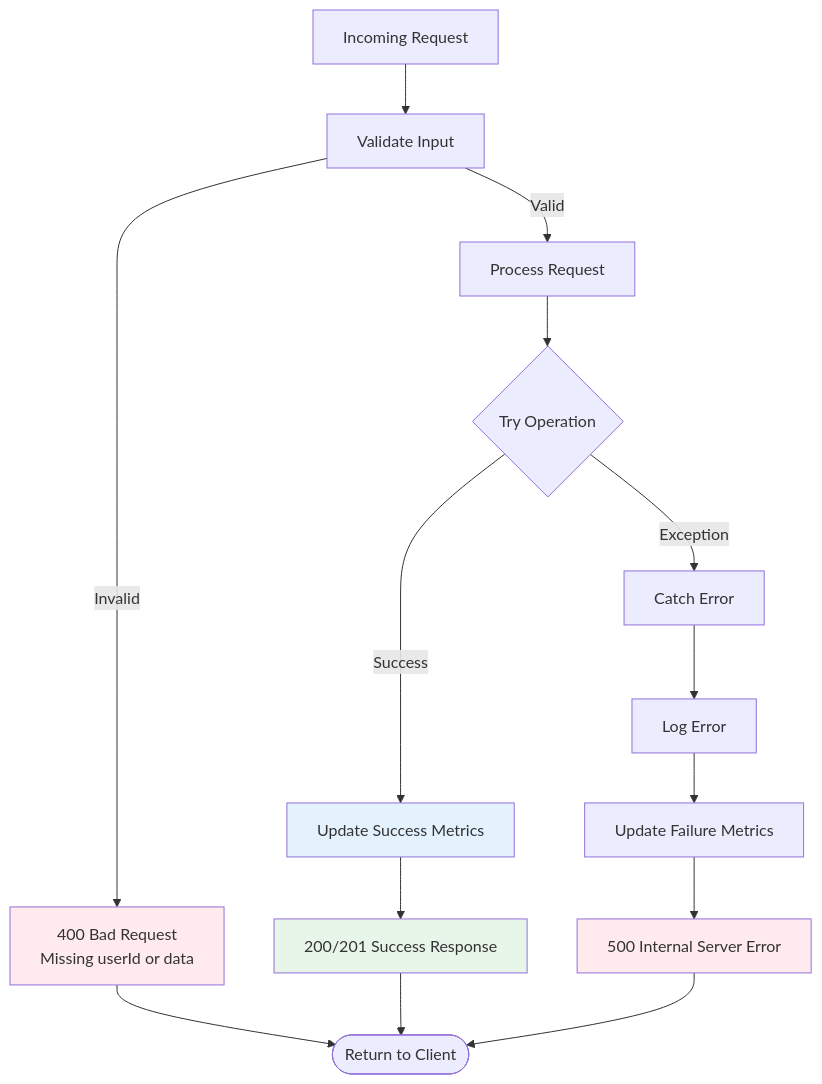
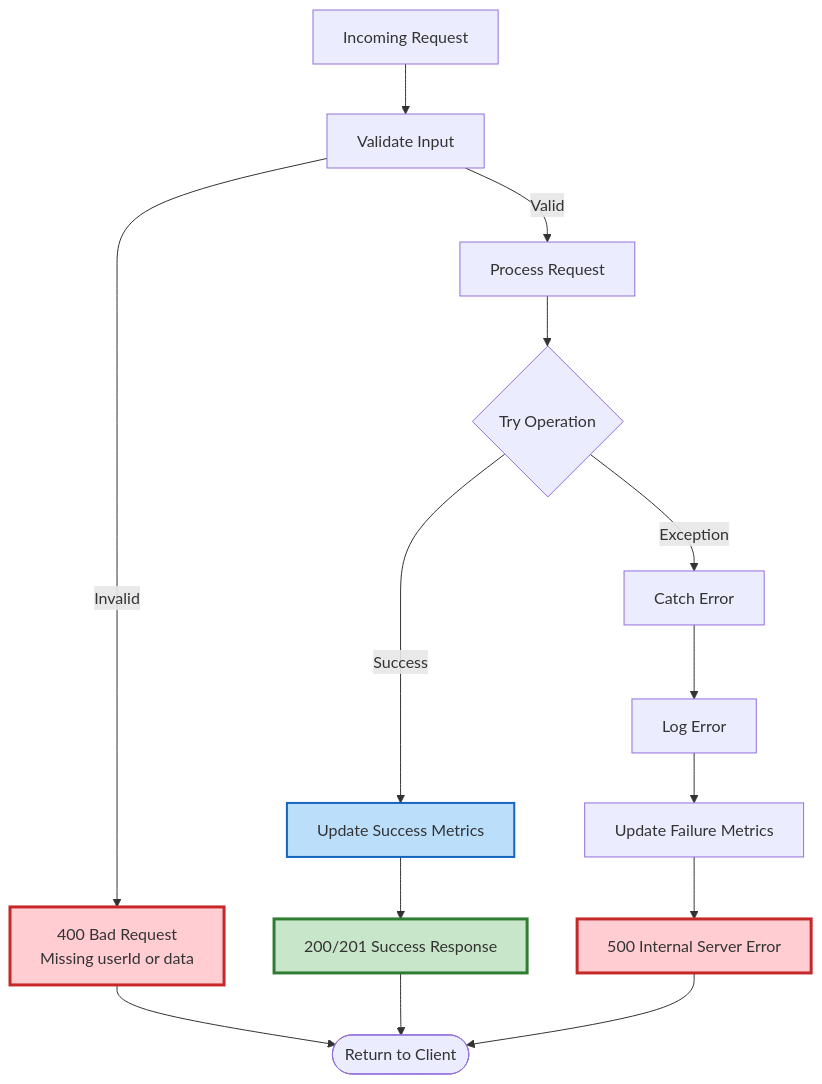
Before and after one commit to Demilade01/sharded-data-service: the ninth of 10 diagrams in ARCHITECTURE.md, drawn with Mermaid. The commit also changed other lines of this file, not shown here.

````diff
--- a/ARCHITECTURE.md
+++ b/ARCHITECTURE.md
@@ -382,27 +382,27 @@
 ```mermaid
 graph TD
     Request[Incoming Request] --> Validate[Validate Input]
 
     Validate -->|Invalid| Error400[400 Bad Request<br/>Missing userId or data]
     Validate -->|Valid| Process[Process Request]
 
     Process --> Try{Try Operation}
 
     Try -->|Success| Metrics[Update Success Metrics]
     Try -->|Exception| Catch[Catch Error]
 
     Metrics --> Response200[200/201 Success Response]
 
     Catch --> LogError[Log Error]
     LogError --> FailMetrics[Update Failure Metrics]
     FailMetrics --> Error500[500 Internal Server Error]
 
     Response200 --> End([Return to Client])
     Error400 --> End
     Error500 --> End
 
-    style Error400 fill:#ffebee
-    style Error500 fill:#ffebee
-    style Response200 fill:#e8f5e9
-    style Metrics fill:#e3f2fd
+    style Error400 fill:#ffcdd2,stroke:#c62828,stroke-width:3px
+    style Error500 fill:#ffcdd2,stroke:#c62828,stroke-width:3px
+    style Response200 fill:#c8e6c9,stroke:#2e7d32,stroke-width:3px
+    style Metrics fill:#bbdefb,stroke:#1565c0,stroke-width:2px
 ```
````
